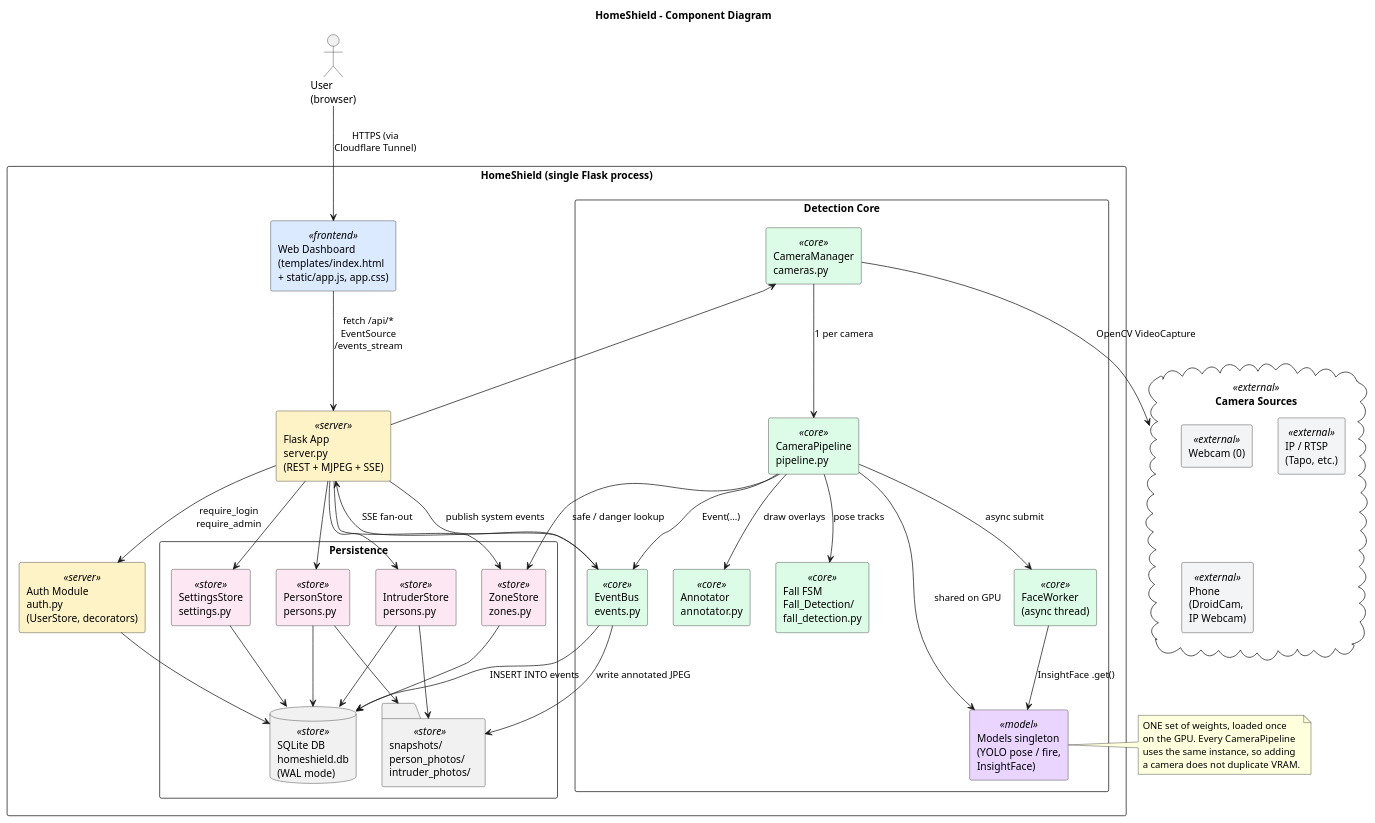
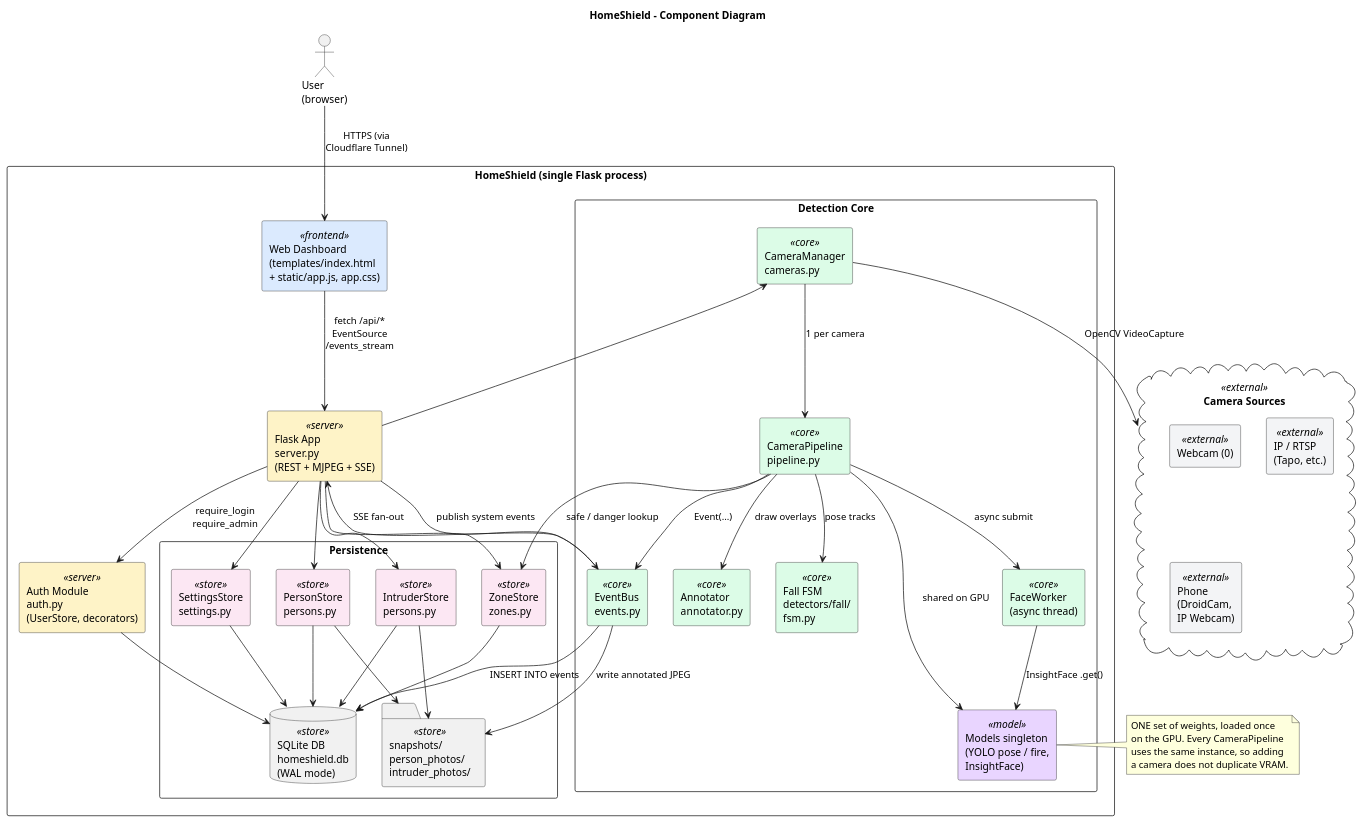
One commit to salehuddiniwan/HomeShield changed the diagram in UML_Diagrams/puml/02_component_diagram.puml. Above: the diagram before and after it, drawn with PlantUML. The commit also changed 24 other files, not shown here.

```diff
--- a/UML_Diagrams/puml/02_component_diagram.puml
+++ b/UML_Diagrams/puml/02_component_diagram.puml
@@ -1,96 +1,96 @@
 @startuml HomeShield Component Diagram
 title HomeShield - Component Diagram
 
 skinparam componentStyle rectangle
 skinparam packageStyle rectangle
 skinparam component {
     BackgroundColor<<frontend>>  #DBEAFE
     BackgroundColor<<server>>    #FEF3C7
     BackgroundColor<<core>>      #DCFCE7
     BackgroundColor<<store>>     #FCE7F3
     BackgroundColor<<model>>     #E9D5FF
     BackgroundColor<<external>>  #F3F4F6
 }
 
 actor "User\n(browser)" as User
 
 package "HomeShield (single Flask process)" {
 
     component "Web Dashboard\n(templates/index.html\n+ static/app.js, app.css)" as UI <<frontend>>
 
     component "Flask App\nserver.py\n(REST + MJPEG + SSE)" as Server <<server>>
     component "Auth Module\nauth.py\n(UserStore, decorators)" as Auth <<server>>
 
     package "Detection Core" {
         component "CameraManager\ncameras.py" as CamMgr <<core>>
         component "CameraPipeline\npipeline.py" as Pipeline <<core>>
         component "Models singleton\n(YOLO pose / fire,\nInsightFace)" as Models <<model>>
         component "FaceWorker\n(async thread)" as FaceWk <<core>>
         component "EventBus\nevents.py" as EvBus <<core>>
         component "Annotator\nannotator.py" as Ann <<core>>
-        component "Fall FSM\nFall_Detection/\nfall_detection.py" as FallFSM <<core>>
+        component "Fall FSM\ndetectors/fall/\nfsm.py" as FallFSM <<core>>
     }
 
     package "Persistence" {
         component "SettingsStore\nsettings.py" as Settings <<store>>
         component "PersonStore\npersons.py" as PersonS <<store>>
         component "IntruderStore\npersons.py" as IntruderS <<store>>
         component "ZoneStore\nzones.py" as ZoneS <<store>>
         database "SQLite DB\nhomeshield.db\n(WAL mode)" as SQLite <<store>>
         folder "snapshots/\nperson_photos/\nintruder_photos/" as Snaps <<store>>
     }
 }
 
 cloud "Camera Sources" as Cams <<external>> {
     component "Webcam (0)"   as Wcam <<external>>
     component "IP / RTSP\n(Tapo, etc.)" as RTSP <<external>>
     component "Phone\n(DroidCam,\nIP Webcam)" as Phone <<external>>
 }
 
 ' --- User <-> dashboard <-> server ---
 User --> UI : HTTPS (via\nCloudflare Tunnel)
 UI --> Server : fetch /api/*\nEventSource\n/events_stream
 
 Server --> Auth : require_login\nrequire_admin
 Server --> CamMgr
 Server --> Settings
 Server --> PersonS
 Server --> IntruderS
 Server --> ZoneS
 Server --> EvBus : publish system events
 
 ' --- Camera management ---
 CamMgr --> Cams : OpenCV VideoCapture
 CamMgr --> Pipeline : 1 per camera
 Pipeline --> Models  : shared on GPU
 Pipeline --> FaceWk  : async submit
 FaceWk   --> Models  : InsightFace .get()
 Pipeline --> FallFSM : pose tracks
 Pipeline --> Ann     : draw overlays
 Pipeline --> ZoneS   : safe / danger lookup
 Pipeline --> EvBus   : Event(...)
 
 ' --- Event bus -> storage + push ---
 EvBus --> SQLite : INSERT INTO events
 EvBus --> Snaps  : write annotated JPEG
 EvBus --> Server : SSE fan-out
 
 ' --- Stores <-> DB ---
 Auth      --> SQLite
 Settings  --> SQLite
 PersonS   --> SQLite
 IntruderS --> SQLite
 ZoneS     --> SQLite
 
 ' --- Stores <-> filesystem ---
 PersonS   --> Snaps
 IntruderS --> Snaps
 
 note right of Models
   ONE set of weights, loaded once
   on the GPU. Every CameraPipeline
   uses the same instance, so adding
   a camera does not duplicate VRAM.
 end note
 
 @enduml
```
